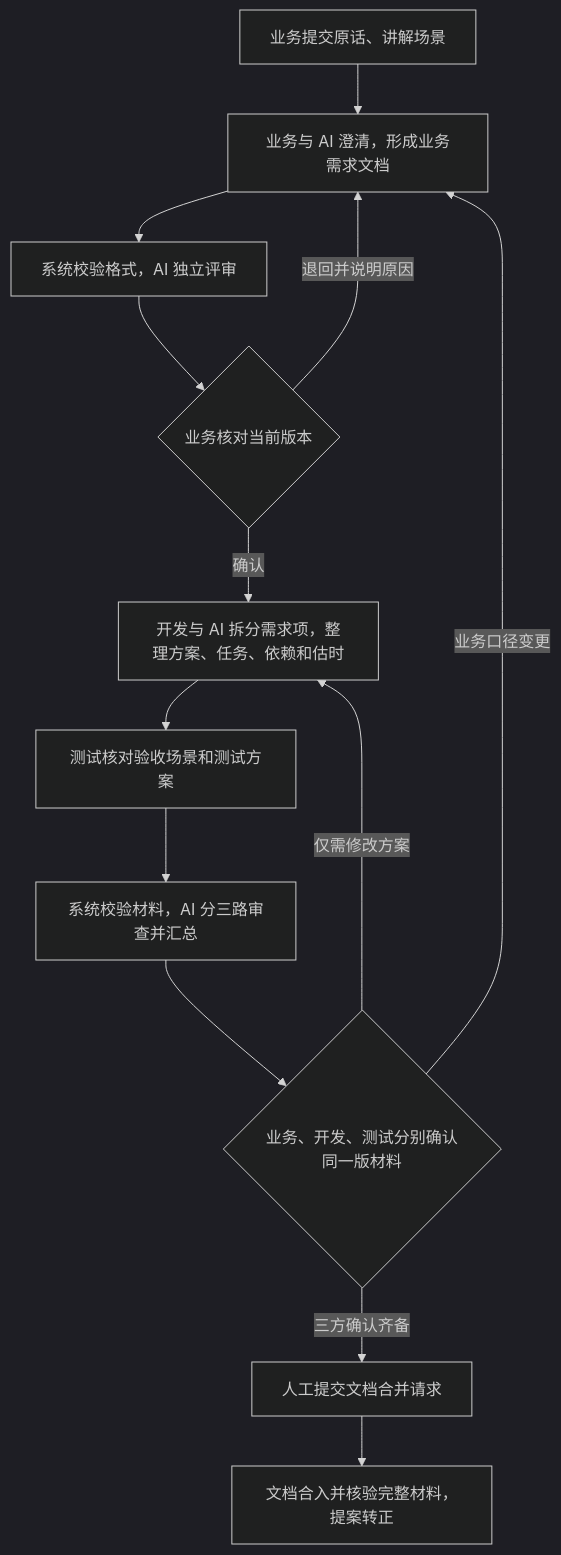
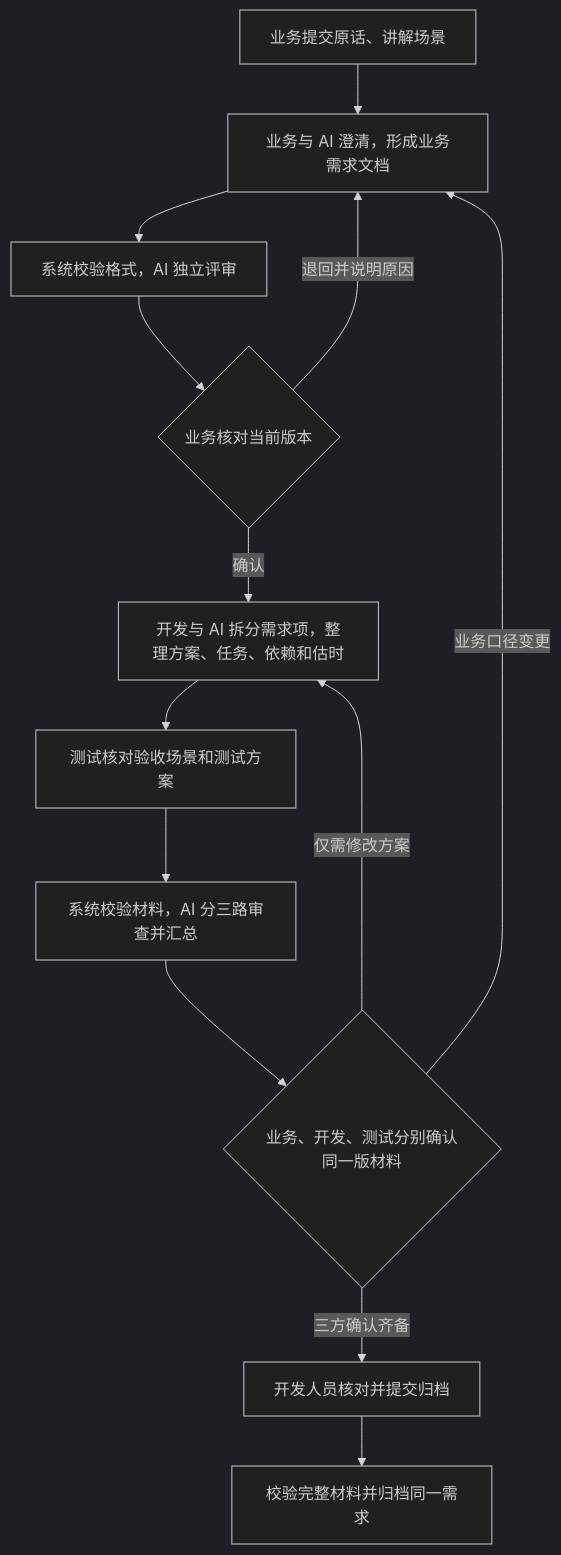
One commit to jchanghong023/ZCode changed the second of 2 diagrams in docs/briefings/requirements-collaboration.md. Above: the diagram before and after it, drawn with Mermaid (dark theme). The commit also changed other lines of this file and 74 other files, not shown here.

````diff
--- a/docs/briefings/requirements-collaboration.md
+++ b/docs/briefings/requirements-collaboration.md
@@ -26,15 +26,15 @@
 ```mermaid
 flowchart TD
   Raw["业务提交原话、讲解场景"] --> Clarify["业务与 AI 澄清，形成业务需求文档"]
   Clarify --> Review["系统校验格式，AI 独立评审"]
   Review --> Business{"业务核对当前版本"}
   Business -->|退回并说明原因| Clarify
   Business -->|确认| Design["开发与 AI 拆分需求项，整理方案、任务、依赖和估时"]
   Design --> Plan["测试核对验收场景和测试方案"]
   Plan --> Check["系统校验材料，AI 分三路审查并汇总"]
   Check --> Sign{"业务、开发、测试分别确认同一版材料"}
   Sign -->|业务口径变更| Clarify
   Sign -->|仅需修改方案| Design
-  Sign -->|三方确认齐备| Doc["人工提交文档合并请求"]
-  Doc --> Merge["文档合入并核验完整材料，提案转正"]
+  Sign -->|三方确认齐备| Doc["开发人员核对并提交归档"]
+  Doc --> Archive["校验完整材料并归档同一需求"]
 ```
````
